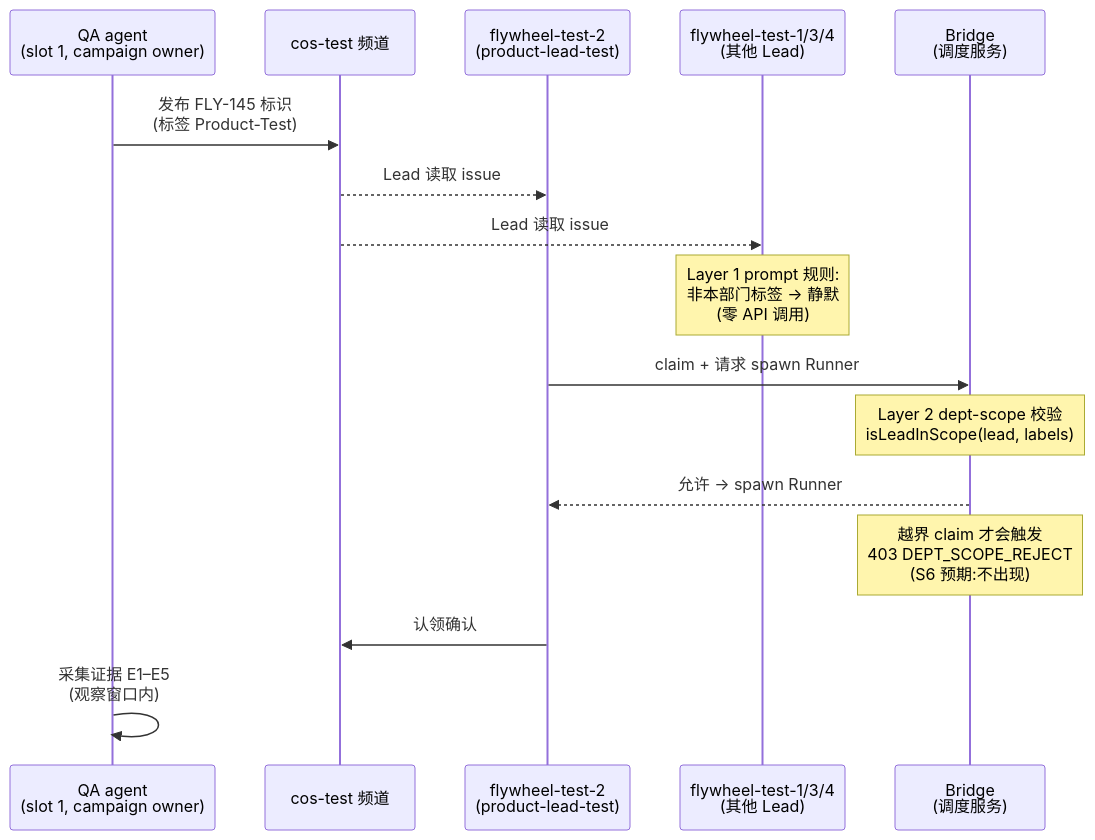
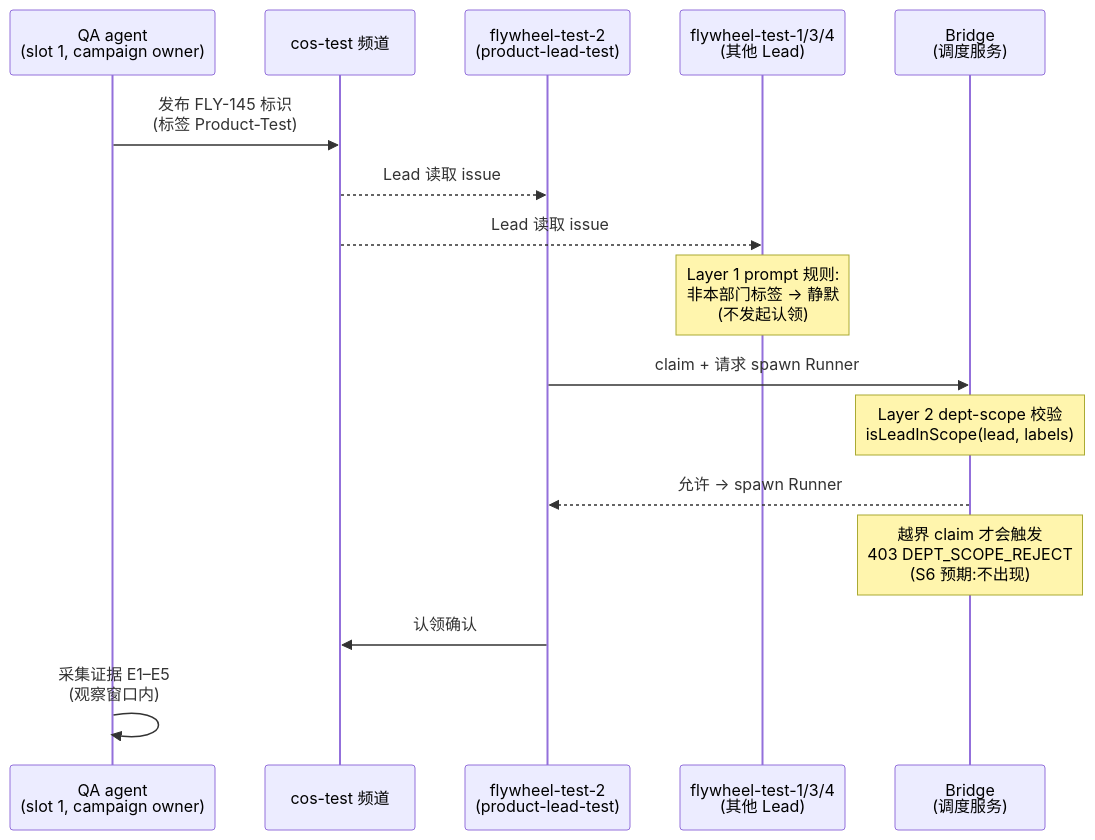
One commit to xrliAnnie/flywheel-qa-sandbox changed the diagram in doc/FLY-145-s6-retry-product-test-slot2/flow.mmd. Above: the diagram before and after it, drawn with Mermaid. The commit also changed 5 other files, not shown here.

```diff
--- a/doc/FLY-145-s6-retry-product-test-slot2/flow.mmd
+++ b/doc/FLY-145-s6-retry-product-test-slot2/flow.mmd
@@ -1,17 +1,17 @@
 sequenceDiagram
     participant QA as QA agent<br/>(slot 1, campaign owner)
     participant CH as cos-test 频道
     participant L2 as flywheel-test-2<br/>(product-lead-test)
     participant LX as flywheel-test-1/3/4<br/>(其他 Lead)
     participant BR as Bridge<br/>(调度服务)
 
     QA->>CH: 发布 FLY-145 标识<br/>(标签 Product-Test)
     CH-->>L2: Lead 读取 issue
     CH-->>LX: Lead 读取 issue
-    Note over LX: Layer 1 prompt 规则:<br/>非本部门标签 → 静默<br/>(零 API 调用)
+    Note over LX: Layer 1 prompt 规则:<br/>非本部门标签 → 静默<br/>(不发起认领)
     L2->>BR: claim + 请求 spawn Runner
     Note over BR: Layer 2 dept-scope 校验<br/>isLeadInScope(lead, labels)
     BR-->>L2: 允许 → spawn Runner
     Note over BR: 越界 claim 才会触发<br/>403 DEPT_SCOPE_REJECT<br/>(S6 预期:不出现)
     L2->>CH: 认领确认
     QA->>QA: 采集证据 E1–E5<br/>(观察窗口内)
```
